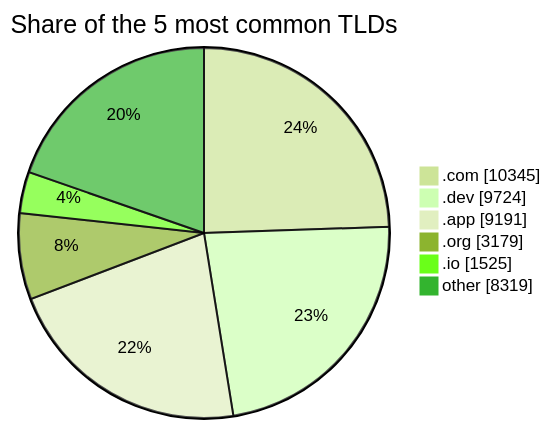
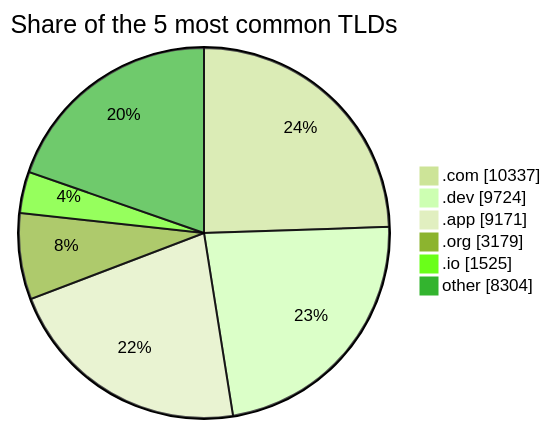
The third of 3 diagrams in README.md (DNSBunker/CTI), drawn with Mermaid (forest theme) before and after one commit. The commit also changed other lines of this file and 3 other files, not shown here.

````diff
--- a/README.md
+++ b/README.md
@@ -81,9 +81,9 @@
 ```mermaid
 pie showData title Share of the 5 most common TLDs
-    ".com" : 10345
+    ".com" : 10337
     ".dev" : 9724
-    ".app" : 9191
+    ".app" : 9171
     ".org" : 3179
     ".io" : 1525
-    "other" : 8319
+    "other" : 8304
 ```
````
